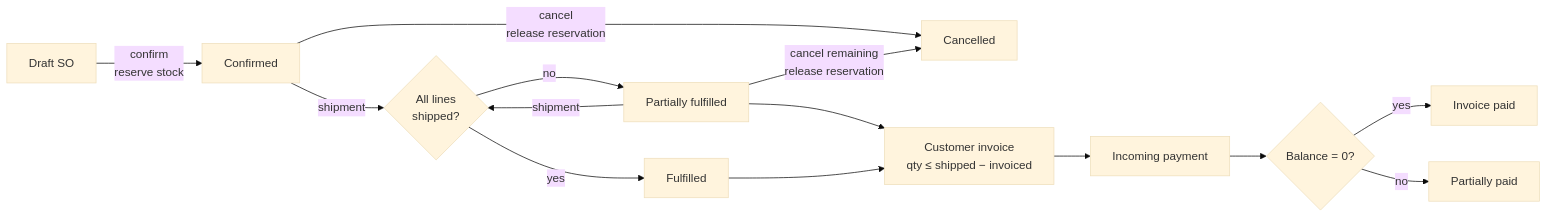
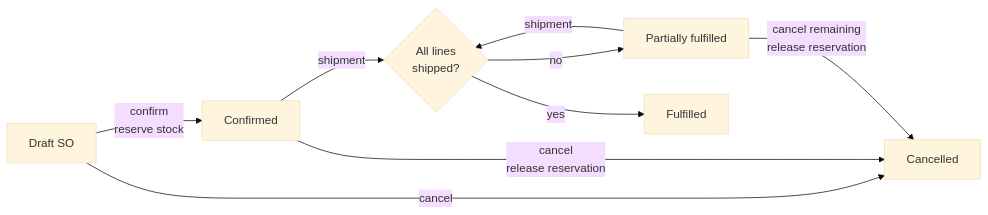
One commit to Jerolin911/StockFlow changed the second of 10 diagrams in docs/ARCHITECTURE.md. Above: the diagram before and after it, drawn with Mermaid (base theme). The commit also changed other lines of this file and 1 other file, not shown here.

````diff
--- a/docs/ARCHITECTURE.md
+++ b/docs/ARCHITECTURE.md
@@ -93,16 +87,11 @@
 ```mermaid
 flowchart LR
     A[Draft SO] -->|confirm<br/>reserve stock| B[Confirmed]
     B -->|shipment| C{All lines<br/>shipped?}
     C -->|no| D[Partially fulfilled]
     D -->|shipment| C
     C -->|yes| E[Fulfilled]
-    B -->|cancel<br/>release reservation| X[Cancelled]
+    A -->|cancel| X[Cancelled]
+    B -->|cancel<br/>release reservation| X
     D -->|cancel remaining<br/>release reservation| X
-    D --> F[Customer invoice<br/>qty ≤ shipped − invoiced]
-    E --> F
-    F --> G[Incoming payment]
-    G --> H{Balance = 0?}
-    H -->|yes| I[Invoice paid]
-    H -->|no| J[Partially paid]
 ```
````
